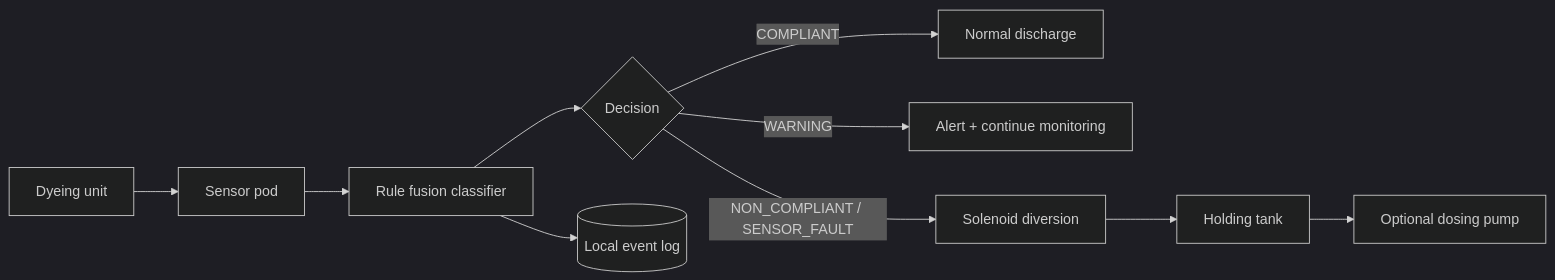
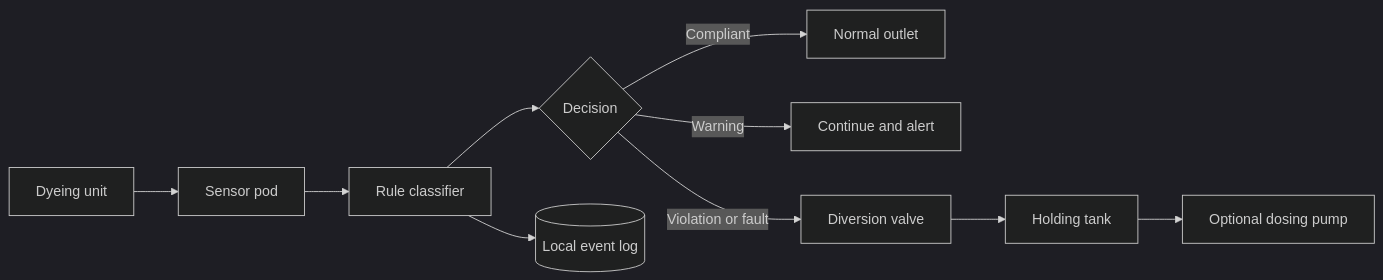
Before and after one commit to adithya-hmt/chromaguard-hackfusion-2026: the diagram in README.md, drawn with Mermaid (dark theme). The commit also changed other lines of this file and 4 other files, not shown here.

````diff
--- a/README.md
+++ b/README.md
@@ -46,12 +30,12 @@
 ```mermaid
 flowchart LR
   A[Dyeing unit] --> B[Sensor pod]
-  B --> C[Rule fusion classifier]
+  B --> C[Rule classifier]
   C --> D{Decision}
-  D -->|COMPLIANT| E[Normal discharge]
-  D -->|WARNING| F[Alert + continue monitoring]
-  D -->|NON_COMPLIANT / SENSOR_FAULT| G[Solenoid diversion]
+  D -->|Compliant| E[Normal outlet]
+  D -->|Warning| F[Continue and alert]
+  D -->|Violation or fault| G[Diversion valve]
   G --> H[Holding tank]
   H --> I[Optional dosing pump]
   C --> J[(Local event log)]
 ```
````
